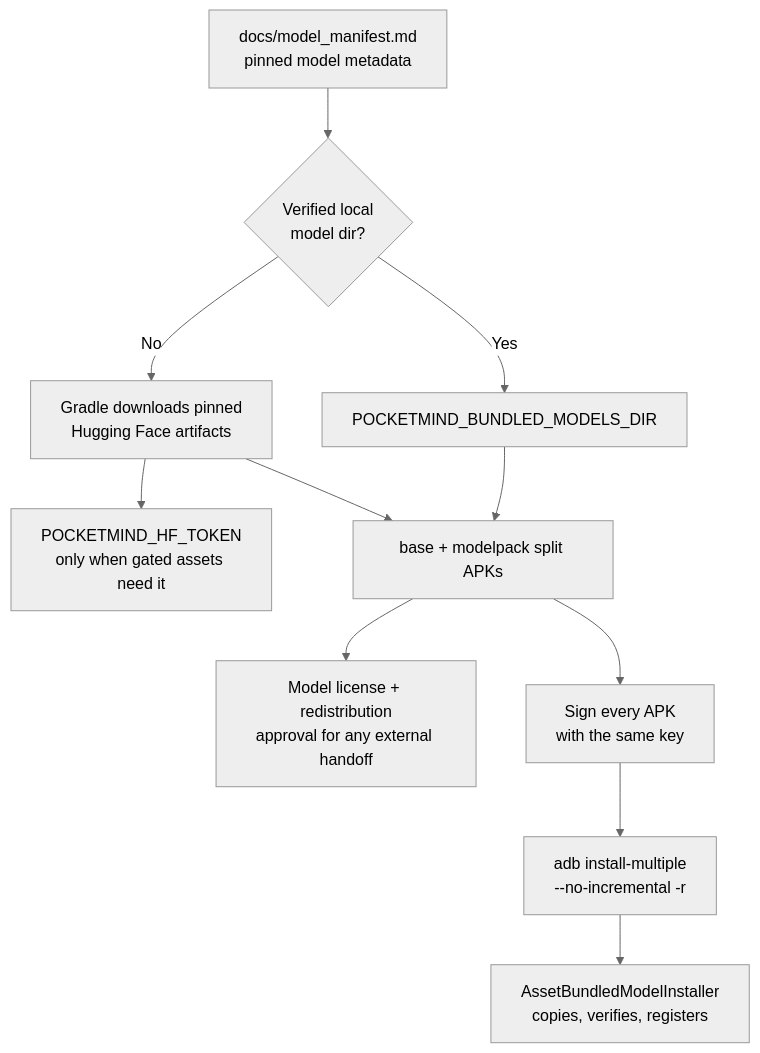
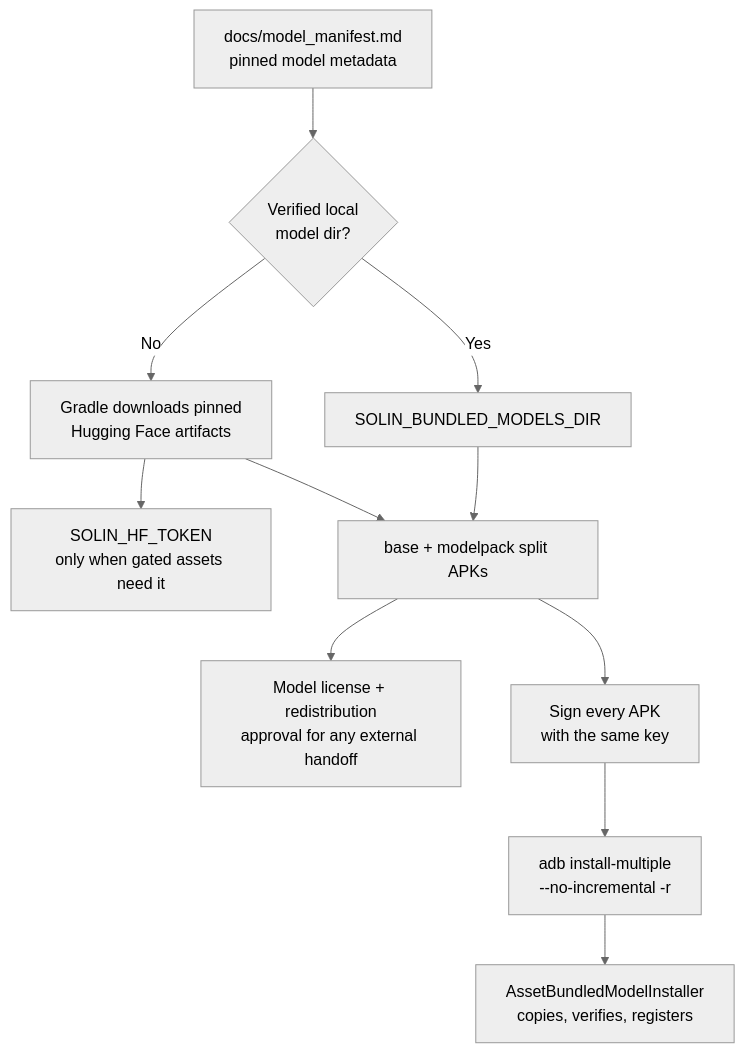
The diagram in docs/bundled_model_package.md (William-zgx/solin-android), drawn with Mermaid (neutral theme) before and after one commit. The commit also changed other lines of this file and 543 other files, not shown here.

````diff
--- a/docs/bundled_model_package.md
+++ b/docs/bundled_model_package.md
@@ -12,13 +12,13 @@
 ```mermaid
 flowchart TD
     Manifest["docs/model_manifest.md\npinned model metadata"] --> Source{"Verified local\nmodel dir?"}
-    Source -->|Yes| LocalDir["POCKETMIND_BUNDLED_MODELS_DIR"]
+    Source -->|Yes| LocalDir["SOLIN_BUNDLED_MODELS_DIR"]
     Source -->|No| Download["Gradle downloads pinned\nHugging Face artifacts"]
-    Download --> Token["POCKETMIND_HF_TOKEN\nonly when gated assets need it"]
+    Download --> Token["SOLIN_HF_TOKEN\nonly when gated assets need it"]
     LocalDir --> Split["base + modelpack split APKs"]
     Download --> Split
     Split --> Review["Model license + redistribution\napproval for any external handoff"]
     Split --> Sign["Sign every APK\nwith the same key"]
     Sign --> Install["adb install-multiple\n--no-incremental -r"]
     Install --> FirstLaunch["AssetBundledModelInstaller\ncopies, verifies, registers"]
 ```
````
